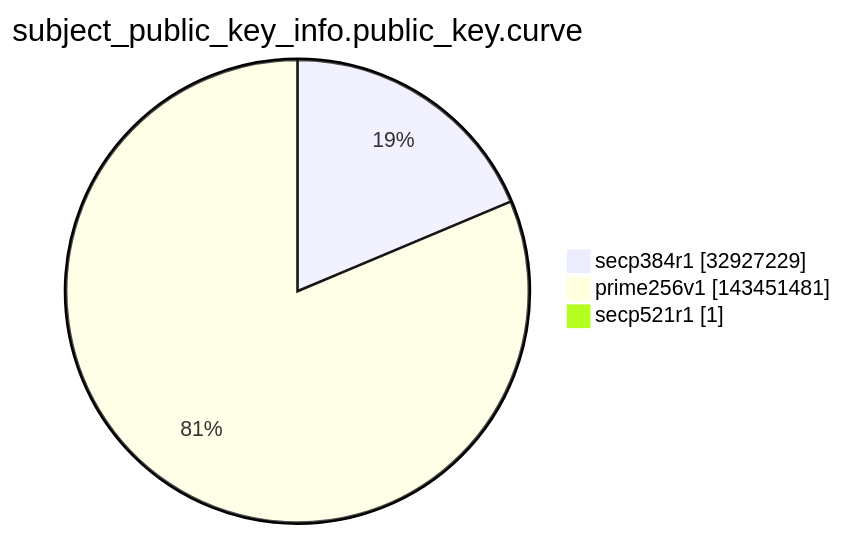
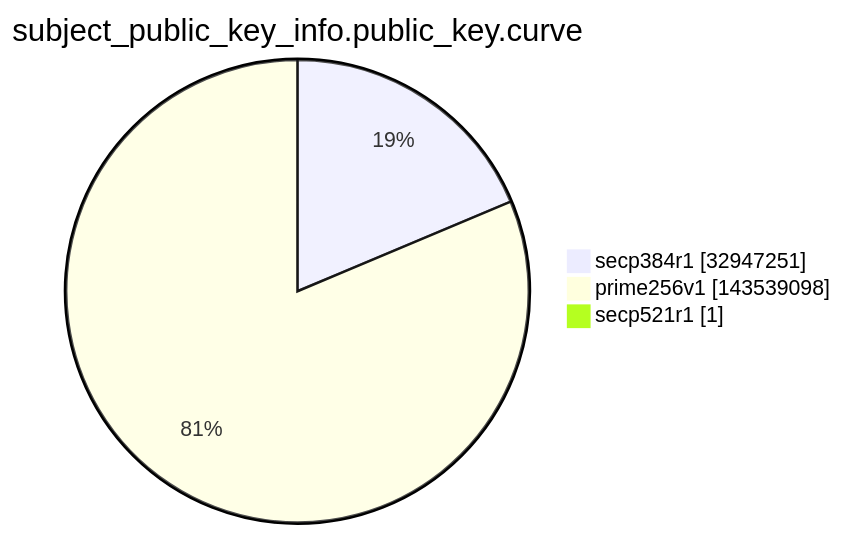
The ninth of 15 diagrams in argon2022/README.md (christiankrug/ctmonitor_visualization), drawn with Mermaid before and after one commit. The commit also changed other lines of this file, not shown here.

````diff
--- a/argon2022/README.md
+++ b/argon2022/README.md
@@ -2764,7 +2764,7 @@
 ```mermaid
 pie showData
 title subject_public_key_info.public_key.curve
-"secp384r1" :32927229
-"prime256v1" :143451481
+"secp384r1" :32947251
+"prime256v1" :143539098
 "secp521r1" :1
 ```
````
